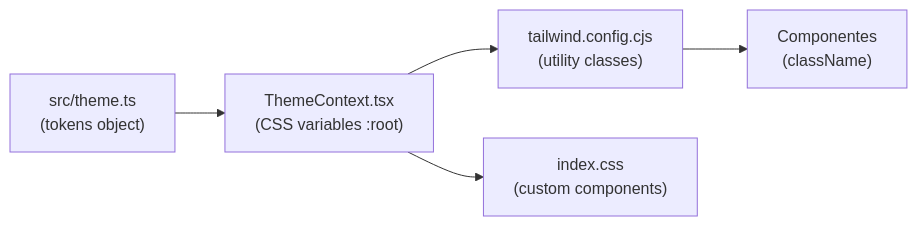
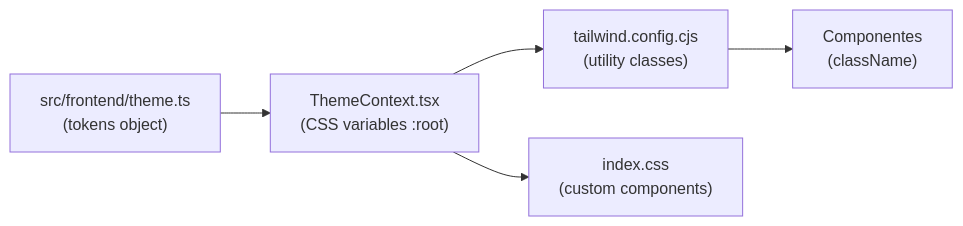
Before and after one commit to gstvhenr/nexusarquibeta: the diagram in docs/design-system/design-tokens.md, drawn with Mermaid. The commit also changed other lines of this file and 18 other files, not shown here.

````diff
--- a/docs/design-system/design-tokens.md
+++ b/docs/design-system/design-tokens.md
@@ -13,7 +13,7 @@
 ```mermaid
 graph LR
-    A["src/theme.ts<br/>(tokens object)"] --> B["ThemeContext.tsx<br/>(CSS variables :root)"]
+    A["src/frontend/theme.ts<br/>(tokens object)"] --> B["ThemeContext.tsx<br/>(CSS variables :root)"]
     B --> C["tailwind.config.cjs<br/>(utility classes)"]
     C --> D["Componentes<br/>(className)"]
     B --> E["index.css<br/>(custom components)"]
 ```
````
